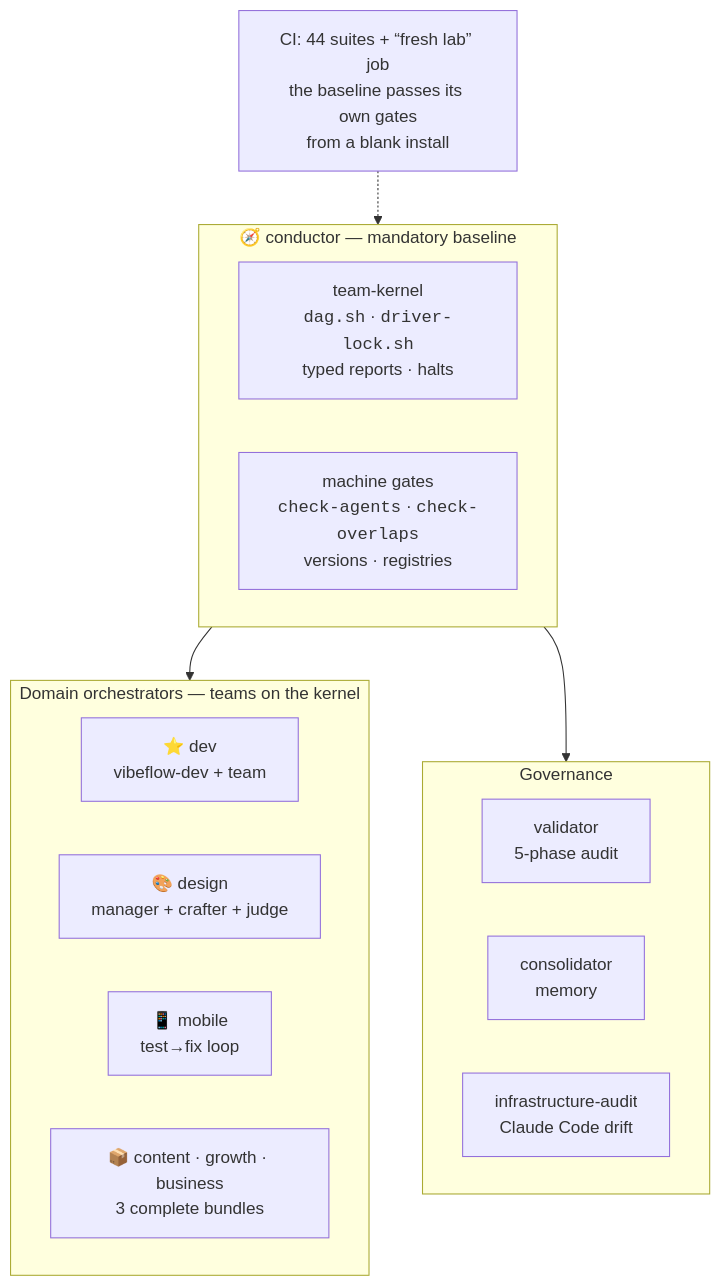
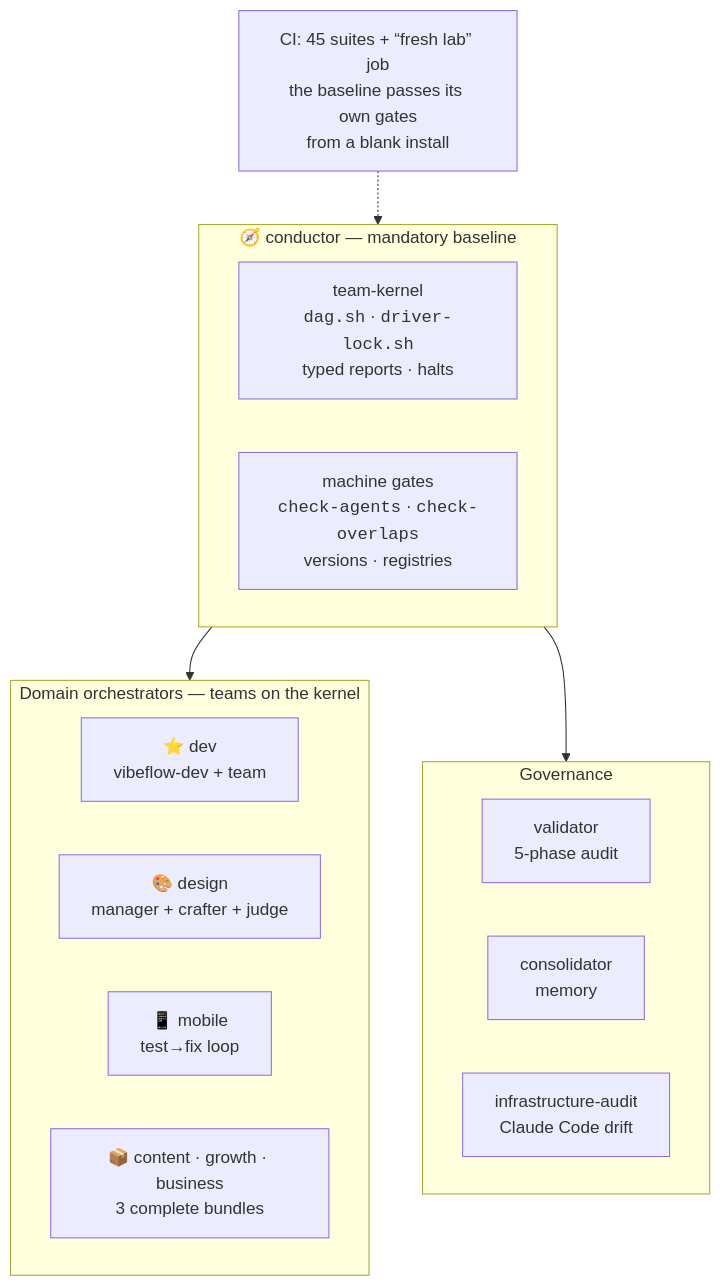
The fourth of 4 diagrams in README.md (picmakpro/vibeflow-os), drawn with Mermaid before and after one commit. The commit also changed other lines of this file and 2 other files, not shown here.

Commit message:
fix(21-05): CI rouge — compteur de suites 44→45 dans les 2 README, WINDOWS.md recalé
check-version-sync.sh sortait en rc=1 sur cette branche : le plan 21-04 a ajouté
test-check-state-integrity.sh (45e suite) après que la fenêtre #2 avait été fermée
sur 44. La régression n'était réenregistrée nulle part au ledger (open_count: 1,
seule #3 ouverte) — /gsd-ship ne bloquerait donc pas dessus. Corrigé : les 4
occurrences de « 44 suites » passent à 45 dans README.md/README.fr.md (les 2
occurrences historiques de l'entrée v2.44.0, décrivant un état passé, sont
restaurées à 44 — ce ne sont pas des affirmations courantes). Nouvelle entrée #5
au registre WINDOWS.md, statut fixed dans le même commit.

````diff
--- a/README.md
+++ b/README.md
@@ -146,21 +146,21 @@
 ```mermaid
 flowchart TD
     subgraph socle["🧭 conductor — mandatory baseline"]
         K["team-kernel<br/><code>dag.sh</code> · <code>driver-lock.sh</code><br/>typed reports · halts"]
         G["machine gates<br/><code>check-agents</code> · <code>check-overlaps</code><br/>versions · registries"]
     end
     subgraph orch["Domain orchestrators — teams on the kernel"]
         DEV["⭐ dev<br/>vibeflow-dev + team"]
         DES["🎨 design<br/>manager + crafter + judge"]
         MOB["📱 mobile<br/>test→fix loop"]
         BIZ["📦 content · growth · business<br/>3 complete bundles"]
     end
     subgraph gouv["Governance"]
         V["validator<br/>5-phase audit"]
         CO["consolidator<br/>memory"]
         IA["infrastructure-audit<br/>Claude Code drift"]
     end
     socle --> orch
     socle --> gouv
-    CI["CI: 44 suites + “fresh lab” job<br/>the baseline passes its own gates<br/>from a blank install"] -.-> socle
+    CI["CI: 45 suites + “fresh lab” job<br/>the baseline passes its own gates<br/>from a blank install"] -.-> socle
 ```
````
